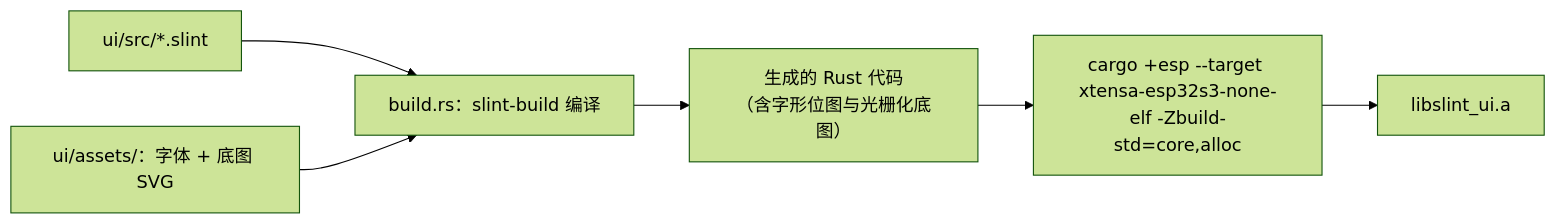
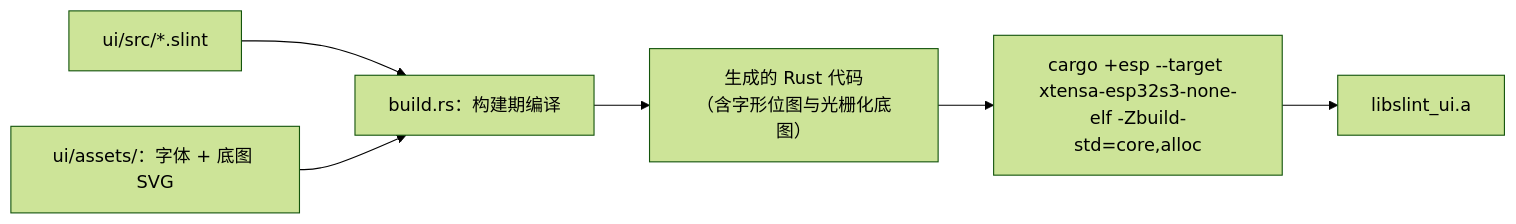
One commit to slime7/remapad changed the third of 9 diagrams in docs/ARCHITECTURE.md. Above: the diagram before and after it, drawn with Mermaid (forest theme). The commit also changed other lines of this file and 71 other files, not shown here.

````diff
--- a/docs/ARCHITECTURE.md
+++ b/docs/ARCHITECTURE.md
@@ -131,15 +141,15 @@
 ```mermaid
 flowchart LR
     Source["ui/src/*.slint"]
     Assets["ui/assets/：字体 + 底图 SVG"]
-    SlintBuild["build.rs：slint-build 编译"]
+    SlintBuild["build.rs：构建期编译"]
     Code["生成的 Rust 代码<br/>（含字形位图与光栅化底图）"]
     Cargo["cargo +esp --target xtensa-esp32s3-none-elf -Zbuild-std=core,alloc"]
     Lib["libslint_ui.a"]
 
     Source --> SlintBuild
     Assets --> SlintBuild
     SlintBuild --> Code
     Code --> Cargo
     Cargo --> Lib
 ```
````
